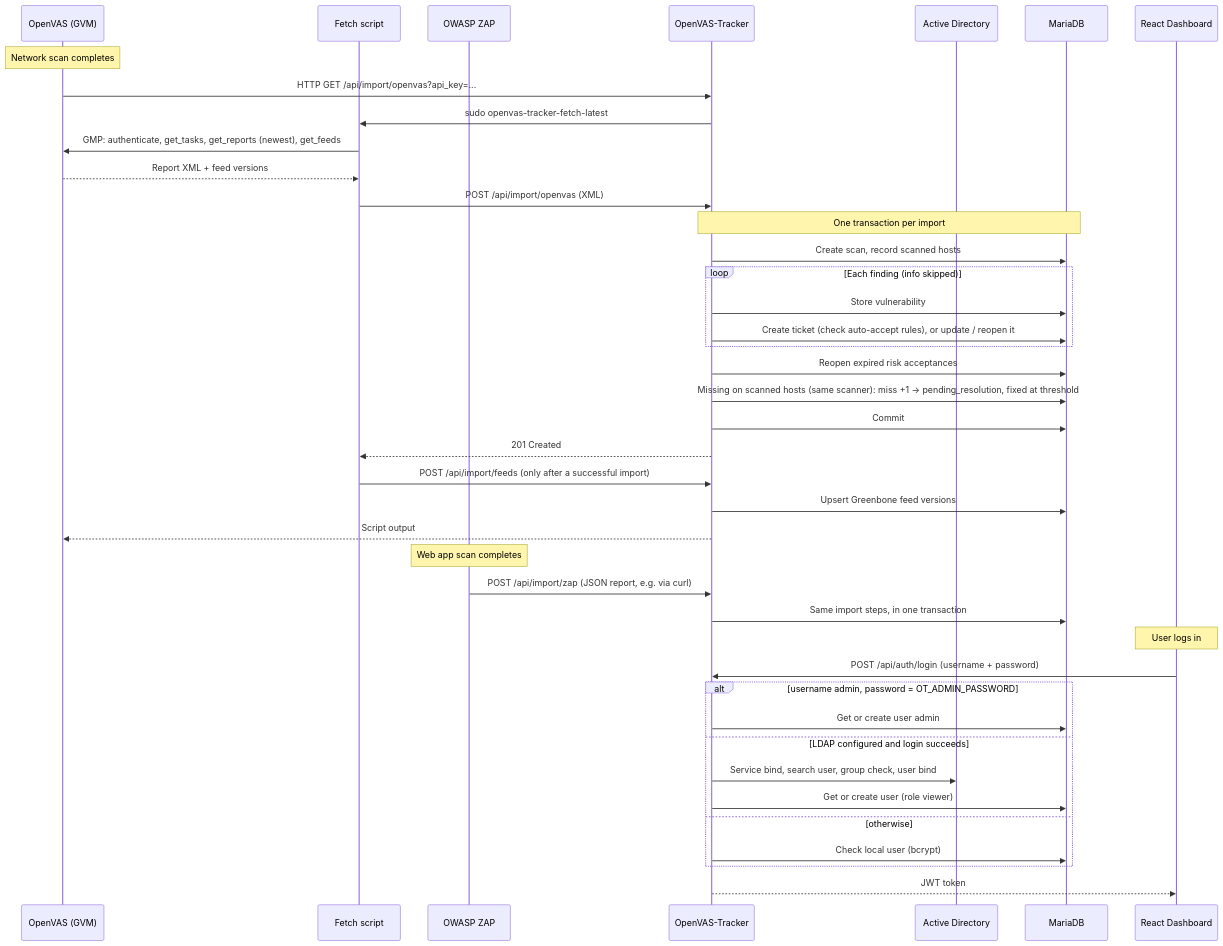
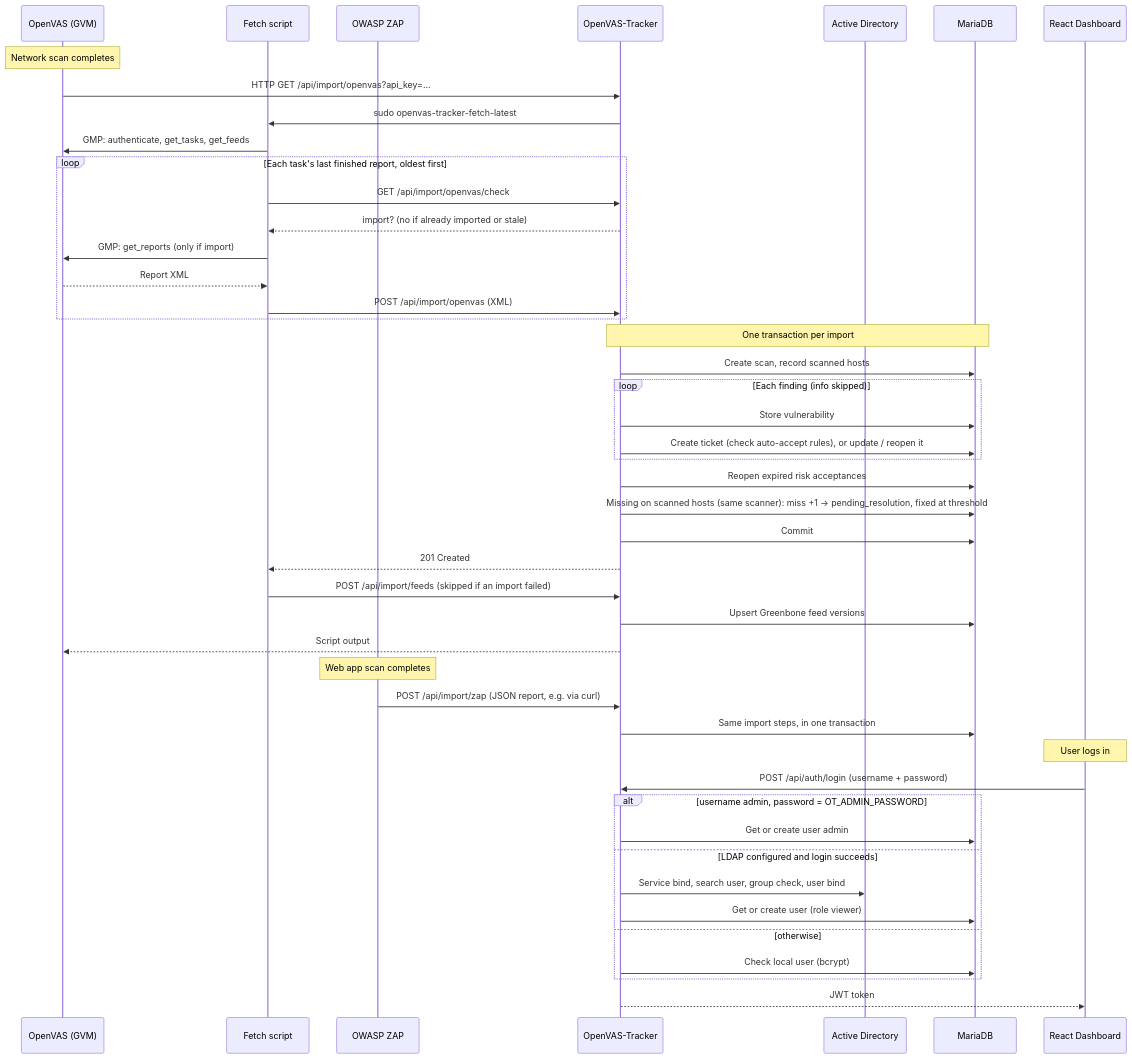
Before and after one commit to trcyberoptic/openvas-tracker: the diagram in README.md, drawn with Mermaid. The commit also changed other lines of this file and 13 other files, not shown here.

First line of the commit message:
feat(import): fetch every task's missing GVM report, dedup by report ID

````diff
--- a/README.md
+++ b/README.md
@@ -45,46 +45,51 @@
 ```mermaid
 sequenceDiagram
     participant OV as OpenVAS (GVM)
     participant FS as Fetch script
     participant ZAP as OWASP ZAP
     participant TR as OpenVAS-Tracker
     participant AD as Active Directory
     participant DB as MariaDB
     participant UI as React Dashboard
 
     Note over OV: Network scan completes
     OV->>TR: HTTP GET /api/import/openvas?api_key=...
     TR->>FS: sudo openvas-tracker-fetch-latest
-    FS->>OV: GMP: authenticate, get_tasks, get_reports (newest), get_feeds
-    OV-->>FS: Report XML + feed versions
-    FS->>TR: POST /api/import/openvas (XML)
+    FS->>OV: GMP: authenticate, get_tasks, get_feeds
+    loop Each task's last finished report, oldest first
+        FS->>TR: GET /api/import/openvas/check
+        TR-->>FS: import? (no if already imported or stale)
+        FS->>OV: GMP: get_reports (only if import)
+        OV-->>FS: Report XML
+        FS->>TR: POST /api/import/openvas (XML)
+    end
     Note over TR,DB: One transaction per import
     TR->>DB: Create scan, record scanned hosts
     loop Each finding (info skipped)
         TR->>DB: Store vulnerability
         TR->>DB: Create ticket (check auto-accept rules), or update / reopen it
     end
     TR->>DB: Reopen expired risk acceptances
     TR->>DB: Missing on scanned hosts (same scanner): miss +1 → pending_resolution, fixed at threshold
     TR->>DB: Commit
     TR-->>FS: 201 Created
-    FS->>TR: POST /api/import/feeds (only after a successful import)
+    FS->>TR: POST /api/import/feeds (skipped if an import failed)
     TR->>DB: Upsert Greenbone feed versions
     TR-->>OV: Script output
 
     Note over ZAP: Web app scan completes
     ZAP->>TR: POST /api/import/zap (JSON report, e.g. via curl)
     TR->>DB: Same import steps, in one transaction
 
     Note over UI: User logs in
     UI->>TR: POST /api/auth/login (username + password)
     alt username admin, password = OT_ADMIN_PASSWORD
         TR->>DB: Get or create user admin
     else LDAP configured and login succeeds
         TR->>AD: Service bind, search user, group check, user bind
         TR->>DB: Get or create user (role viewer)
     else otherwise
         TR->>DB: Check local user (bcrypt)
     end
     TR-->>UI: JWT token
 ```
````
